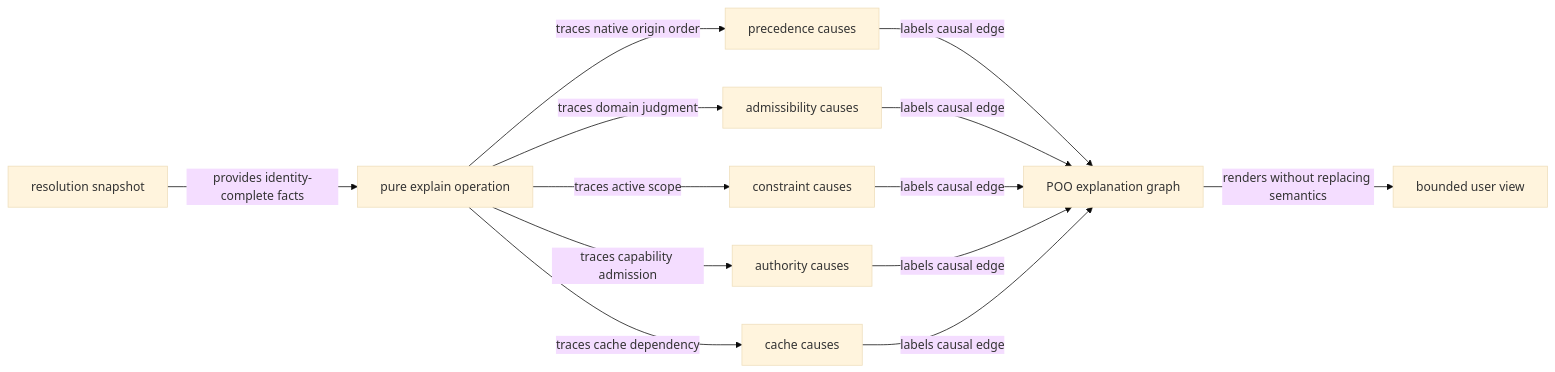
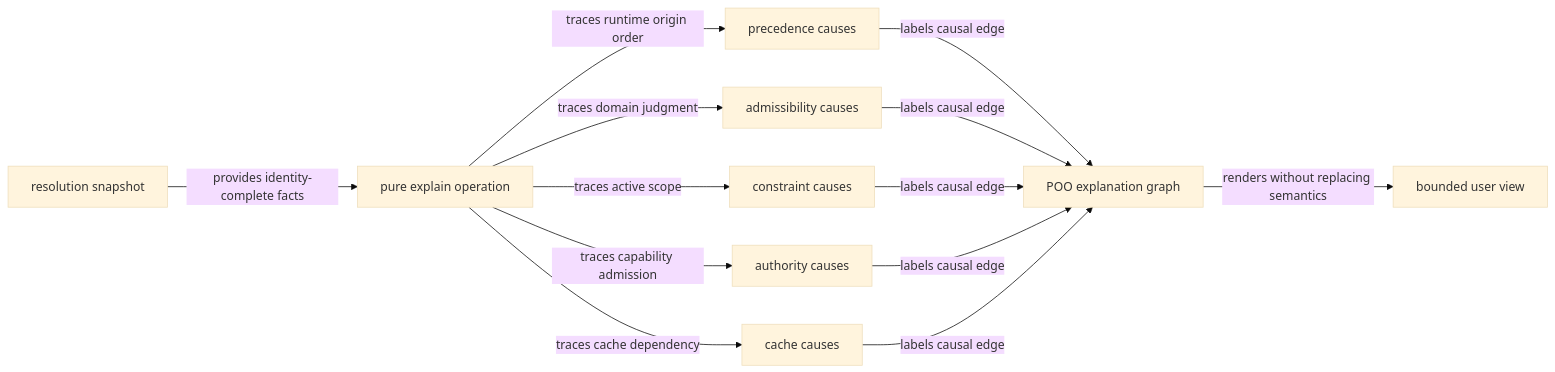
The first of 2 diagrams in module-system/design/45-103-precedence-conflict-debugging-inspection-explanation-simulation-and-continuable-recovery.org (tao3k/gebril-yuanxu), drawn with Mermaid (base theme) before and after one commit. The commit also changed other lines of this file and 1469 other files, not shown here.

```diff
--- a/module-system/design/45-103-precedence-conflict-debugging-inspection-explanation-simulation-and-continuable-recovery.org
+++ b/module-system/design/45-103-precedence-conflict-debugging-inspection-explanation-simulation-and-continuable-recovery.org
@@ -183,15 +183,15 @@
 #+begin_src mermaid
 flowchart LR
   Snapshot["resolution snapshot"] -->|"provides identity-complete facts"| Explain["pure explain operation"]
-  Explain -->|"traces native origin order"| Precedence["precedence causes"]
+  Explain -->|"traces runtime origin order"| Precedence["precedence causes"]
   Explain -->|"traces domain judgment"| Domain["admissibility causes"]
   Explain -->|"traces active scope"| Constraints["constraint causes"]
   Explain -->|"traces capability admission"| Authority["authority causes"]
   Explain -->|"traces cache dependency"| Cache["cache causes"]
   Precedence -->|"labels causal edge"| Graph["POO explanation graph"]
   Domain -->|"labels causal edge"| Graph
   Constraints -->|"labels causal edge"| Graph
   Authority -->|"labels causal edge"| Graph
   Cache -->|"labels causal edge"| Graph
   Graph -->|"renders without replacing semantics"| View["bounded user view"]
 #+end_src
```
